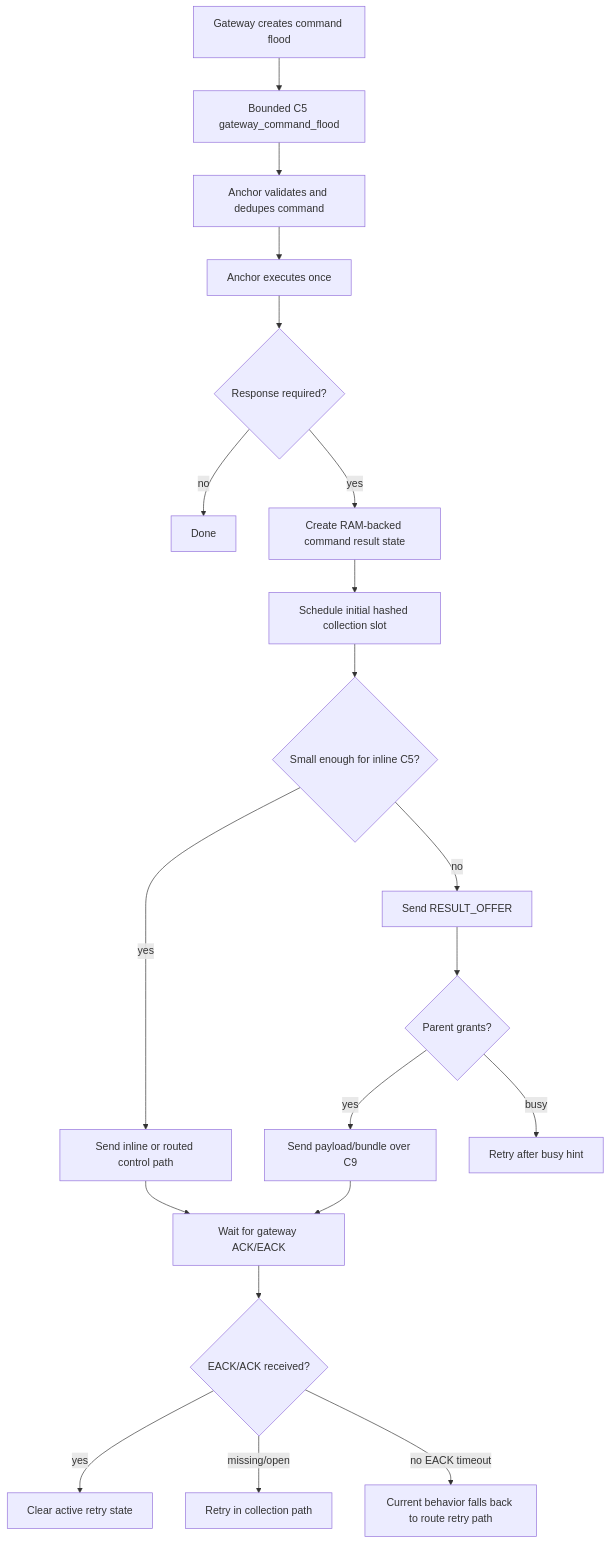
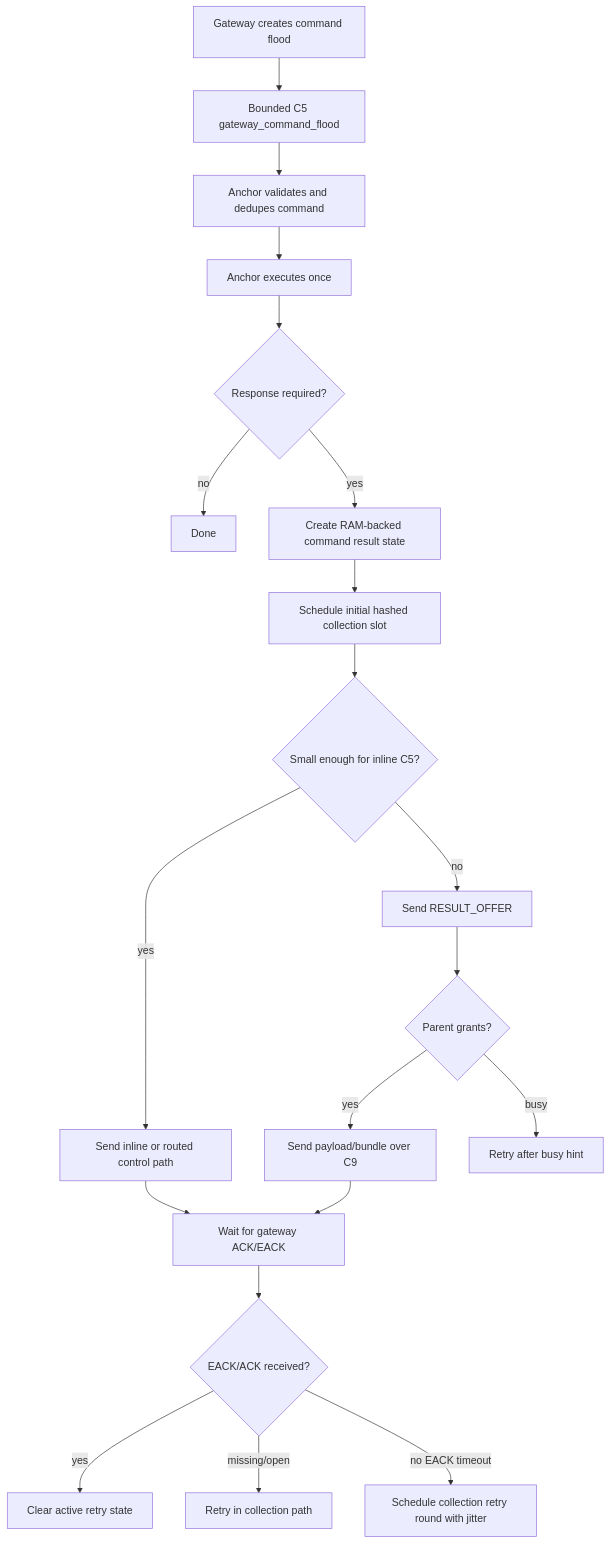
The third of 3 diagrams in Documentation/Mesh Protocol Detailed Flow.md (Jubliano-sama/IMEC2), drawn with Mermaid before and after one commit. The commit also changed other lines of this file and 7 other files, not shown here.

````diff
--- a/Documentation/Mesh Protocol Detailed Flow.md
+++ b/Documentation/Mesh Protocol Detailed Flow.md
@@ -481,22 +492,22 @@
 ```mermaid
 flowchart TD
     A[Gateway creates command flood] --> B[Bounded C5 gateway_command_flood]
     B --> C[Anchor validates and dedupes command]
     C --> D[Anchor executes once]
     D --> E{Response required?}
     E -- no --> Z[Done]
     E -- yes --> F[Create RAM-backed command result state]
     F --> G[Schedule initial hashed collection slot]
     G --> H{Small enough for inline C5?}
     H -- yes --> I[Send inline or routed control path]
     H -- no --> J[Send RESULT_OFFER]
     J --> K{Parent grants?}
     K -- yes --> L[Send payload/bundle over C9]
     K -- busy --> M[Retry after busy hint]
     I --> N[Wait for gateway ACK/EACK]
     L --> N
     N --> O{EACK/ACK received?}
     O -- yes --> P[Clear active retry state]
     O -- missing/open --> Q[Retry in collection path]
-    O -- no EACK timeout --> R[Current behavior falls back to route retry path]
+    O -- no EACK timeout --> R[Schedule collection retry round with jitter]
 ```
````
